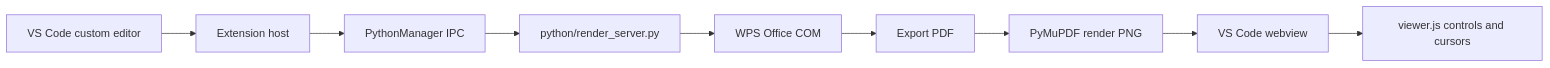
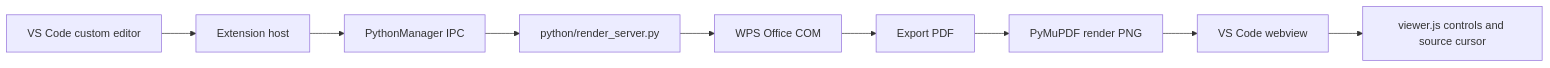
One commit to Grant-leo/docx-livepreview changed the diagram in DEVELOPMENT.md. Above: the diagram before and after it, drawn with Mermaid. The commit also changed other lines of this file and 27 other files, not shown here.

````diff
--- a/DEVELOPMENT.md
+++ b/DEVELOPMENT.md
@@ -21,11 +24,11 @@
 ```mermaid
 flowchart LR
   A["VS Code custom editor"] --> B["Extension host"]
   B --> C["PythonManager IPC"]
   C --> D["python/render_server.py"]
   D --> E["WPS Office COM"]
   E --> F["Export PDF"]
   F --> G["PyMuPDF render PNG"]
   G --> H["VS Code webview"]
-  H --> I["viewer.js controls and cursors"]
+  H --> I["viewer.js controls and source cursor"]
 ```
````
